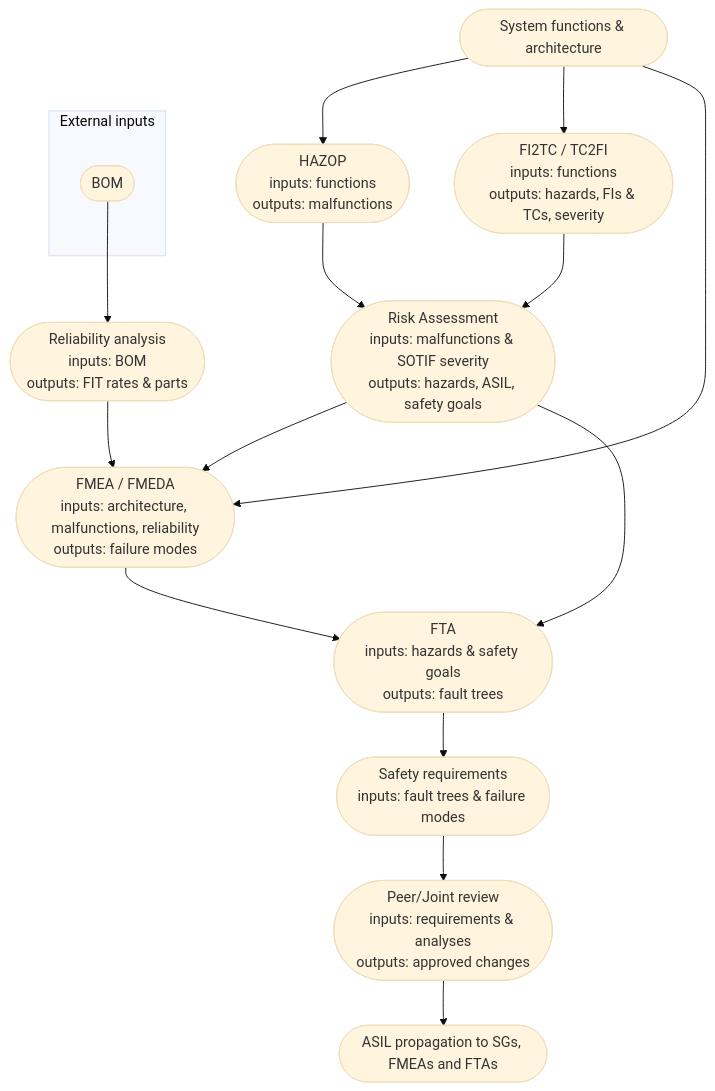
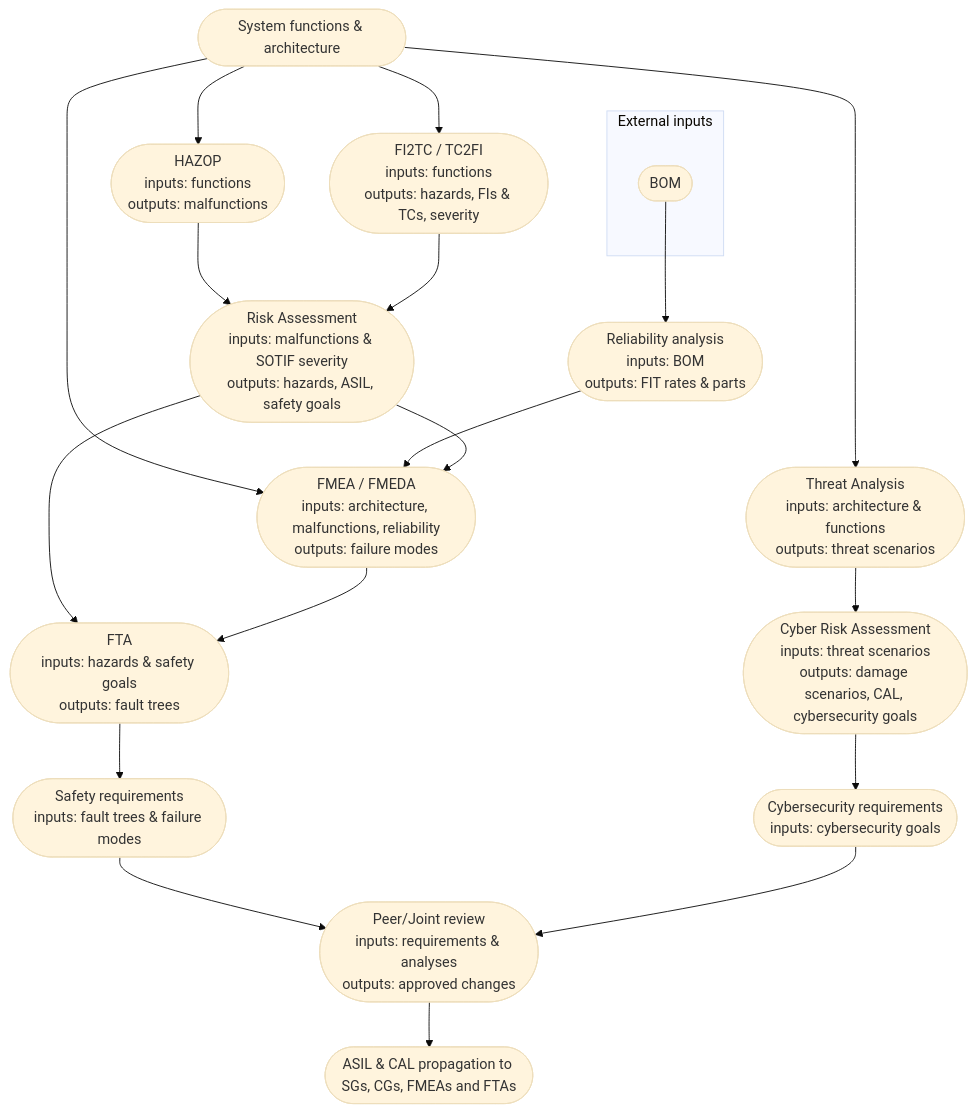
One commit to MelkorBalrog/AutoSafeguard-Analyzer changed the first of 36 diagrams in README.md. Above: the diagram before and after it, drawn with Mermaid (base theme). The commit also changed other lines of this file, not shown here.

Commit message:
docs: integrate cybersecurity into workflow metamodel

````diff
--- a/README.md
+++ b/README.md
@@ -43,19 +45,22 @@
 ```mermaid
 flowchart TD
     subgraph ext [External inputs]
         X([BOM])
     end
     X --> R([Reliability analysis<br/>inputs: BOM<br/>outputs: FIT rates & parts])
     A([System functions & architecture]) --> B([HAZOP<br/>inputs: functions<br/>outputs: malfunctions])
     A --> S([FI2TC / TC2FI<br/>inputs: functions<br/>outputs: hazards, FIs & TCs, severity])
+    A --> T([Threat Analysis<br/>inputs: architecture & functions<br/>outputs: threat scenarios])
     B --> C([Risk Assessment<br/>inputs: malfunctions & SOTIF severity<br/>outputs: hazards, ASIL, safety goals])
     S --> C
+    T --> U([Cyber Risk Assessment<br/>inputs: threat scenarios<br/>outputs: damage scenarios, CAL, cybersecurity goals])
     A --> D([FMEA / FMEDA<br/>inputs: architecture, malfunctions, reliability<br/>outputs: failure modes])
     R --> D
     C --> D
     C --> E([FTA<br/>inputs: hazards & safety goals<br/>outputs: fault trees])
     D --> E
+    U --> V([Cybersecurity requirements<br/>inputs: cybersecurity goals])
     E --> F([Safety requirements<br/>inputs: fault trees & failure modes])
-    F --> G([Peer/Joint review<br/>inputs: requirements & analyses<br/>outputs: approved changes])
-    G --> H([ASIL propagation to SGs, FMEAs and FTAs])
+    F & V --> G([Peer/Joint review<br/>inputs: requirements & analyses<br/>outputs: approved changes])
+    G --> H([ASIL & CAL propagation to SGs, CGs, FMEAs and FTAs])
 ```
````
